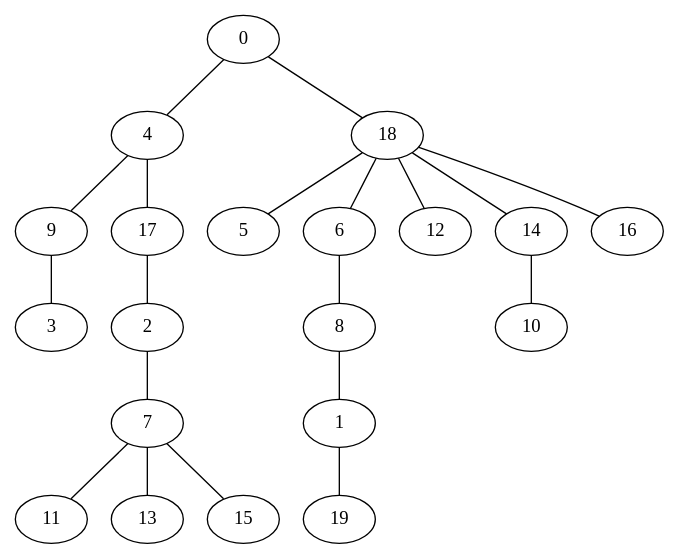
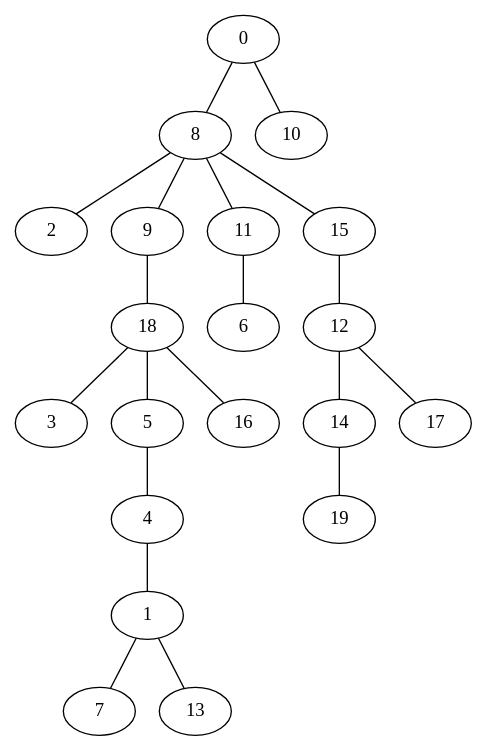
Before and after one commit to VillegasGG/greedy-firefighter-problem: the diagram in experiments/pygrapghviz.dot, drawn with Graphviz. The commit also changed 2 other files, not shown here.

```diff
--- a/experiments/pygrapghviz.dot
+++ b/experiments/pygrapghviz.dot
@@ -1,21 +1,21 @@
 strict graph "" {
-	0 -- 4;
-	0 -- 18;
-	4 -- 9;
-	4 -- 17;
+	0 -- 8;
+	0 -- 10;
+	8 -- 2;
+	8 -- 9;
+	8 -- 11;
+	8 -- 15;
+	9 -- 18;
+	11 -- 6;
+	15 -- 12;
+	12 -- 14;
+	12 -- 17;
+	14 -- 19;
+	18 -- 3;
 	18 -- 5;
-	18 -- 6;
-	18 -- 12;
-	18 -- 14;
 	18 -- 16;
-	6 -- 8;
-	14 -- 10;
-	8 -- 1;
-	1 -- 19;
-	9 -- 3;
-	17 -- 2;
-	2 -- 7;
-	7 -- 11;
-	7 -- 13;
-	7 -- 15;
+	5 -- 4;
+	4 -- 1;
+	1 -- 7;
+	1 -- 13;
 }
```
